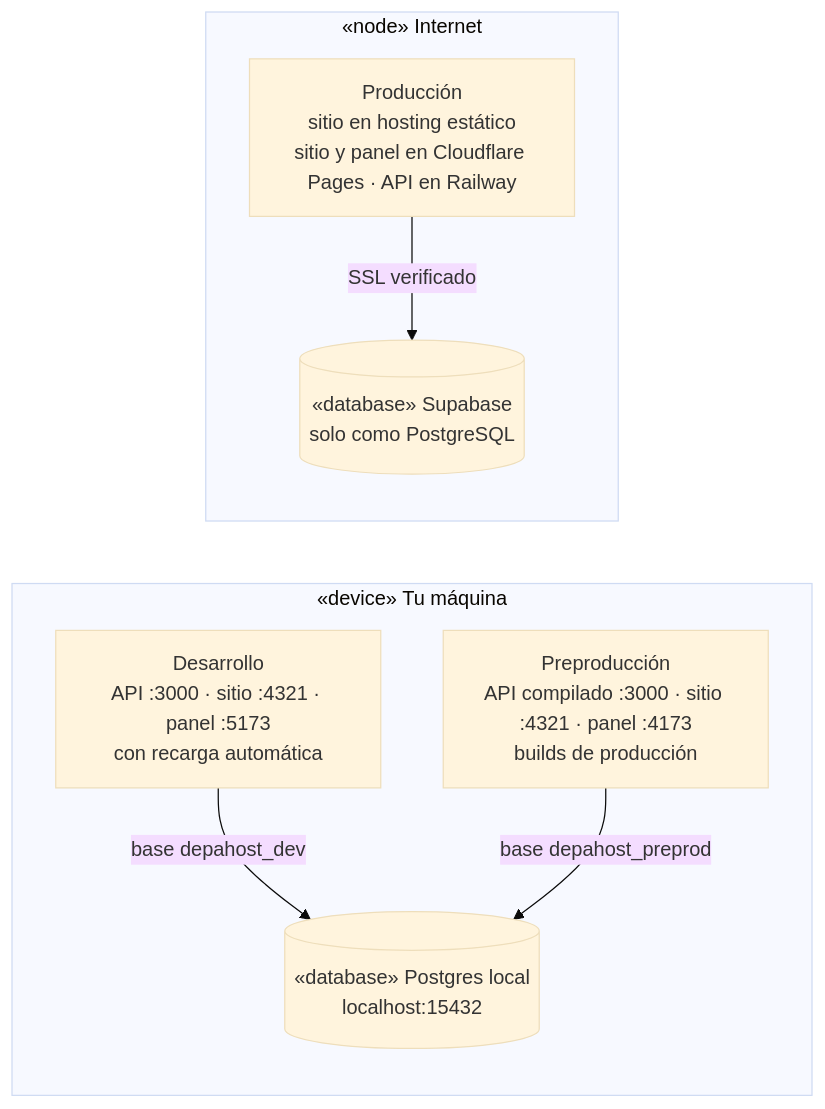
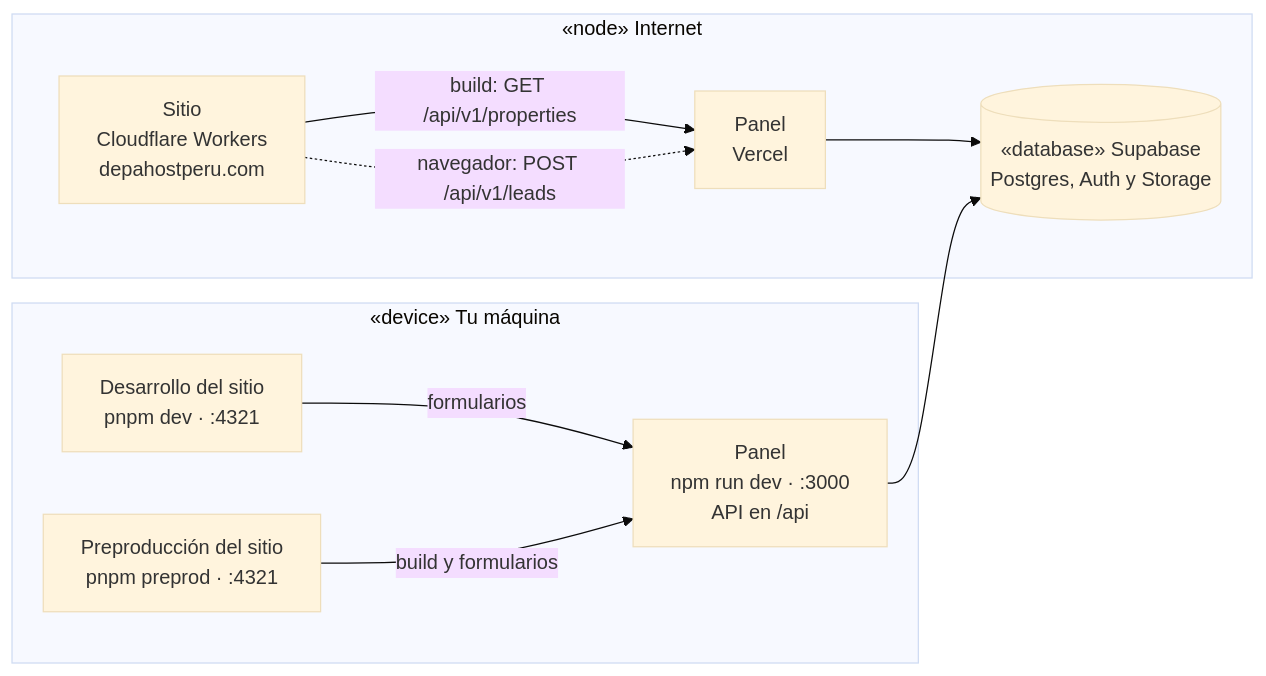
One commit to samirharrytl/DHC_landing changed the first of 4 diagrams in docs/plataforma/06-desarrollo-y-operacion.md. Above: the diagram before and after it, drawn with Mermaid (base theme). The commit also changed other lines of this file and 94 other files, not shown here.

````diff
--- a/docs/plataforma/06-desarrollo-y-operacion.md
+++ b/docs/plataforma/06-desarrollo-y-operacion.md
@@ -28,15 +24,19 @@
 ```mermaid
 flowchart LR
     subgraph Local["«device» Tu máquina"]
-        PG[("«database» Postgres local<br/>localhost:15432")]
-        DEV["Desarrollo<br/>API :3000 · sitio :4321 · panel :5173<br/>con recarga automática"]
-        PRE["Preproducción<br/>API compilado :3000 · sitio :4321 · panel :4173<br/>builds de producción"]
-        DEV -- "base depahost_dev" --> PG
-        PRE -- "base depahost_preprod" --> PG
+        PN["Panel<br/>npm run dev · :3000<br/>API en /api"]
+        DEV["Desarrollo del sitio<br/>pnpm dev · :4321"]
+        PRE["Preproducción del sitio<br/>pnpm preprod · :4321"]
+        DEV -- "formularios" --> PN
+        PRE -- "build y formularios" --> PN
     end
     subgraph Nube["«node» Internet"]
-        PROD["Producción<br/>sitio en hosting estático<br/>sitio y panel en Cloudflare Pages · API en Railway"]
-        SB[("«database» Supabase<br/>solo como PostgreSQL")]
-        PROD -- "SSL verificado" --> SB
+        CF["Sitio<br/>Cloudflare Workers<br/>depahostperu.com"]
+        VC["Panel<br/>Vercel"]
+        SB[("«database» Supabase<br/>Postgres, Auth y Storage")]
+        VC --> SB
+        CF -- "build: GET /api/v1/properties" --> VC
+        CF -. "navegador: POST /api/v1/leads" .-> VC
     end
+    PN --> SB
 ```
````
